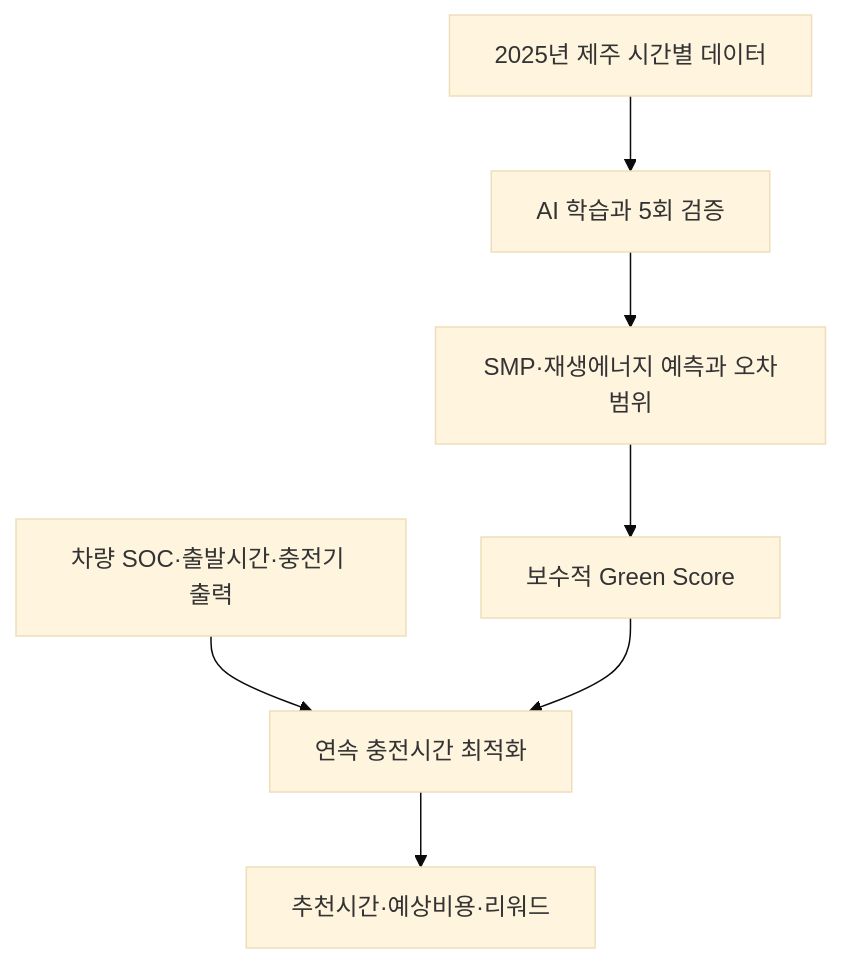
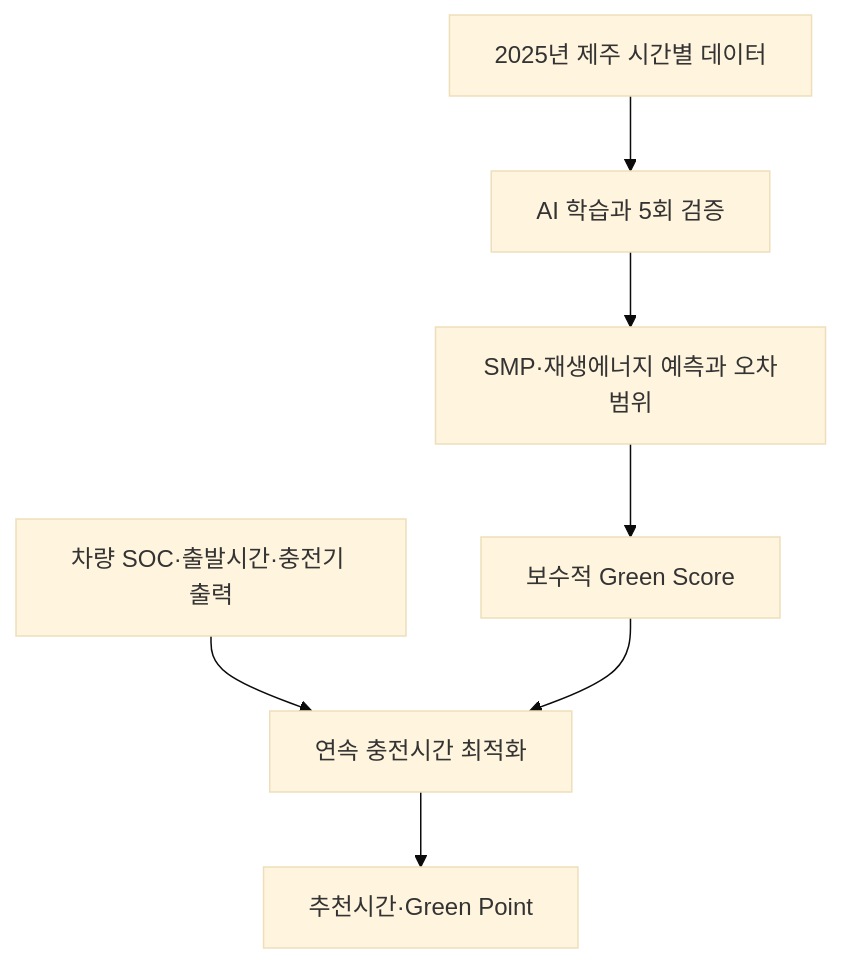
The first of 2 diagrams in TEAM_EXPLANATION.md (minho0432/jeju-green-flex-ai), drawn with Mermaid (base theme) before and after one commit. The commit also changed other lines of this file, not shown here.

Commit message:
Update TEAM_EXPLANATION.md for Green Point live MVP

````diff
--- a/TEAM_EXPLANATION.md
+++ b/TEAM_EXPLANATION.md
@@ -27,9 +33,9 @@
 ```mermaid
 flowchart TD
     A["2025년 제주 시간별 데이터"] --> B["AI 학습과 5회 검증"]
     B --> C["SMP·재생에너지 예측과 오차범위"]
     C --> D["보수적 Green Score"]
     E["차량 SOC·출발시간·충전기 출력"] --> F["연속 충전시간 최적화"]
     D --> F
-    F --> G["추천시간·예상비용·리워드"]
+    F --> G["추천시간·Green Point"]
 ```
````
